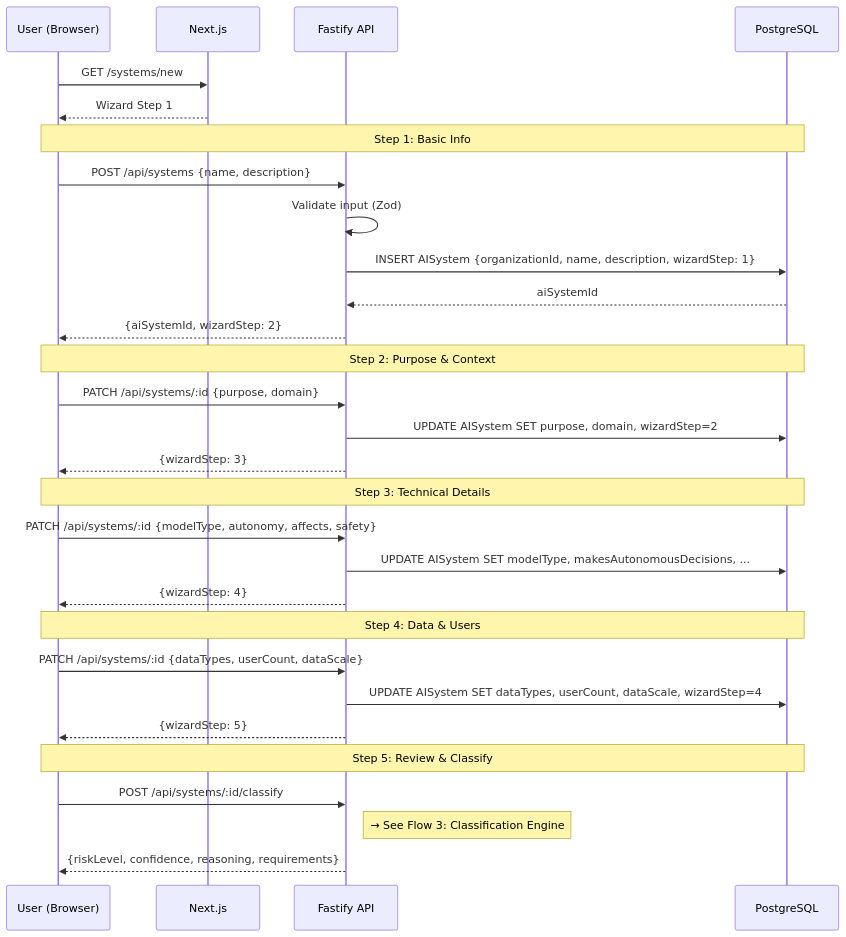
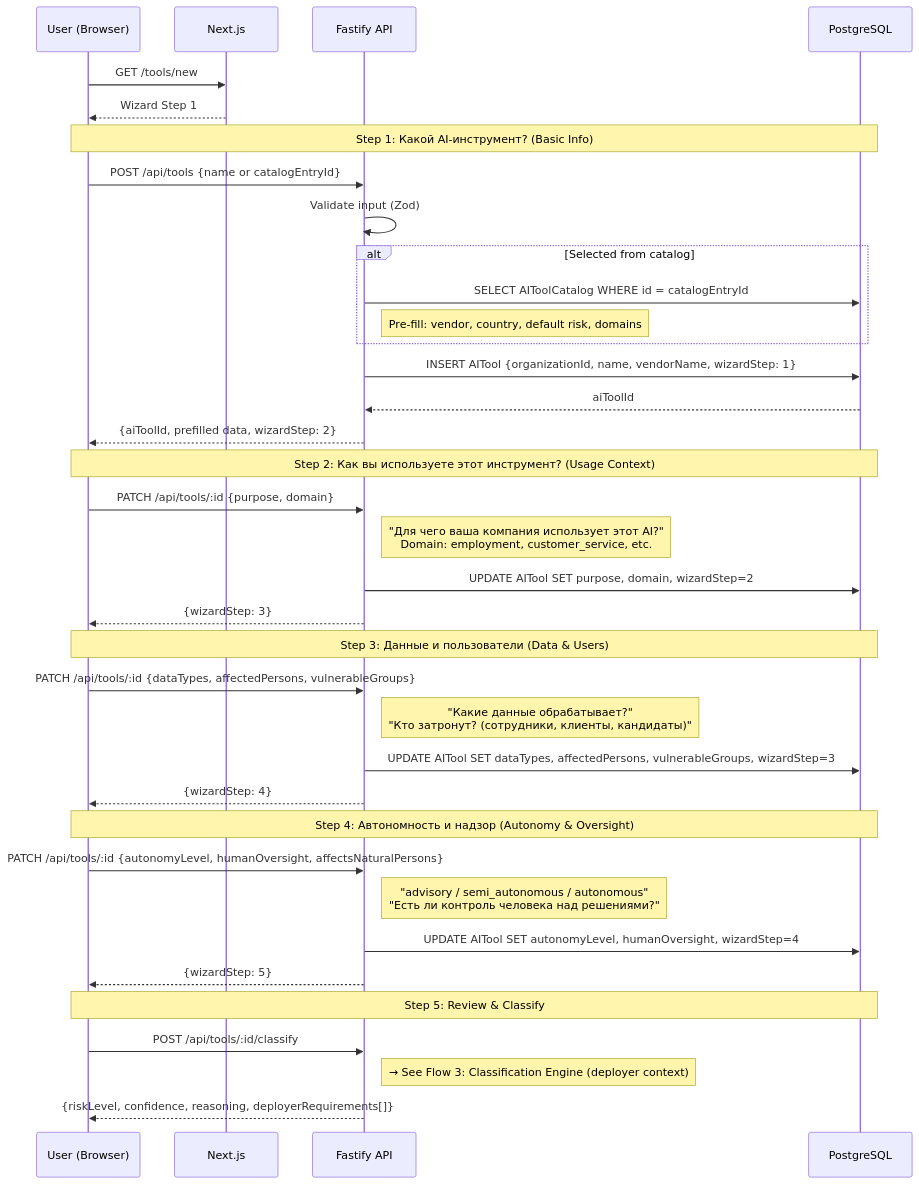
One commit to complior/complior changed the second of 14 diagrams in docs/DATA-FLOWS.md. Above: the diagram before and after it, drawn with Mermaid. The commit also changed other lines of this file and 7 other files, not shown here.

````diff
--- a/docs/DATA-FLOWS.md
+++ b/docs/DATA-FLOWS.md
@@ -69,37 +72,44 @@
 ```mermaid
 sequenceDiagram
     participant User as User (Browser)
     participant Next as Next.js
     participant API as Fastify API
     participant DB as PostgreSQL
 
-    User->>Next: GET /systems/new
+    User->>Next: GET /tools/new
     Next-->>User: Wizard Step 1
 
-    Note over User,DB: Step 1: Basic Info
-    User->>API: POST /api/systems {name, description}
+    Note over User,DB: Step 1: Какой AI-инструмент? (Basic Info)
+    User->>API: POST /api/tools {name or catalogEntryId}
     API->>API: Validate input (Zod)
-    API->>DB: INSERT AISystem {organizationId, name, description, wizardStep: 1}
-    DB-->>API: aiSystemId
-    API-->>User: {aiSystemId, wizardStep: 2}
+    alt Selected from catalog
+        API->>DB: SELECT AIToolCatalog WHERE id = catalogEntryId
+        Note right of API: Pre-fill: vendor, country, default risk, domains
+    end
+    API->>DB: INSERT AITool {organizationId, name, vendorName, wizardStep: 1}
+    DB-->>API: aiToolId
+    API-->>User: {aiToolId, prefilled data, wizardStep: 2}
 
-    Note over User,DB: Step 2: Purpose & Context
-    User->>API: PATCH /api/systems/:id {purpose, domain}
-    API->>DB: UPDATE AISystem SET purpose, domain, wizardStep=2
+    Note over User,DB: Step 2: Как вы используете этот инструмент? (Usage Context)
+    User->>API: PATCH /api/tools/:id {purpose, domain}
+    Note right of API: "Для чего ваша компания использует этот AI?"<br/>Domain: employment, customer_service, etc.
+    API->>DB: UPDATE AITool SET purpose, domain, wizardStep=2
     API-->>User: {wizardStep: 3}
 
-    Note over User,DB: Step 3: Technical Details
-    User->>API: PATCH /api/systems/:id {modelType, autonomy, affects, safety}
-    API->>DB: UPDATE AISystem SET modelType, makesAutonomousDecisions, ...
+    Note over User,DB: Step 3: Данные и пользователи (Data & Users)
+    User->>API: PATCH /api/tools/:id {dataTypes, affectedPersons, vulnerableGroups}
+    Note right of API: "Какие данные обрабатывает?"<br/>"Кто затронут? (сотрудники, клиенты, кандидаты)"
+    API->>DB: UPDATE AITool SET dataTypes, affectedPersons, vulnerableGroups, wizardStep=3
     API-->>User: {wizardStep: 4}
 
-    Note over User,DB: Step 4: Data & Users
-    User->>API: PATCH /api/systems/:id {dataTypes, userCount, dataScale}
-    API->>DB: UPDATE AISystem SET dataTypes, userCount, dataScale, wizardStep=4
+    Note over User,DB: Step 4: Автономность и надзор (Autonomy & Oversight)
+    User->>API: PATCH /api/tools/:id {autonomyLevel, humanOversight, affectsNaturalPersons}
+    Note right of API: "advisory / semi_autonomous / autonomous"<br/>"Есть ли контроль человека над решениями?"
+    API->>DB: UPDATE AITool SET autonomyLevel, humanOversight, wizardStep=4
     API-->>User: {wizardStep: 5}
 
     Note over User,DB: Step 5: Review & Classify
-    User->>API: POST /api/systems/:id/classify
-    Note right of API: → See Flow 3: Classification Engine
-    API-->>User: {riskLevel, confidence, reasoning, requirements}
+    User->>API: POST /api/tools/:id/classify
+    Note right of API: → See Flow 3: Classification Engine (deployer context)
+    API-->>User: {riskLevel, confidence, reasoning, deployerRequirements[]}
 ```
````
